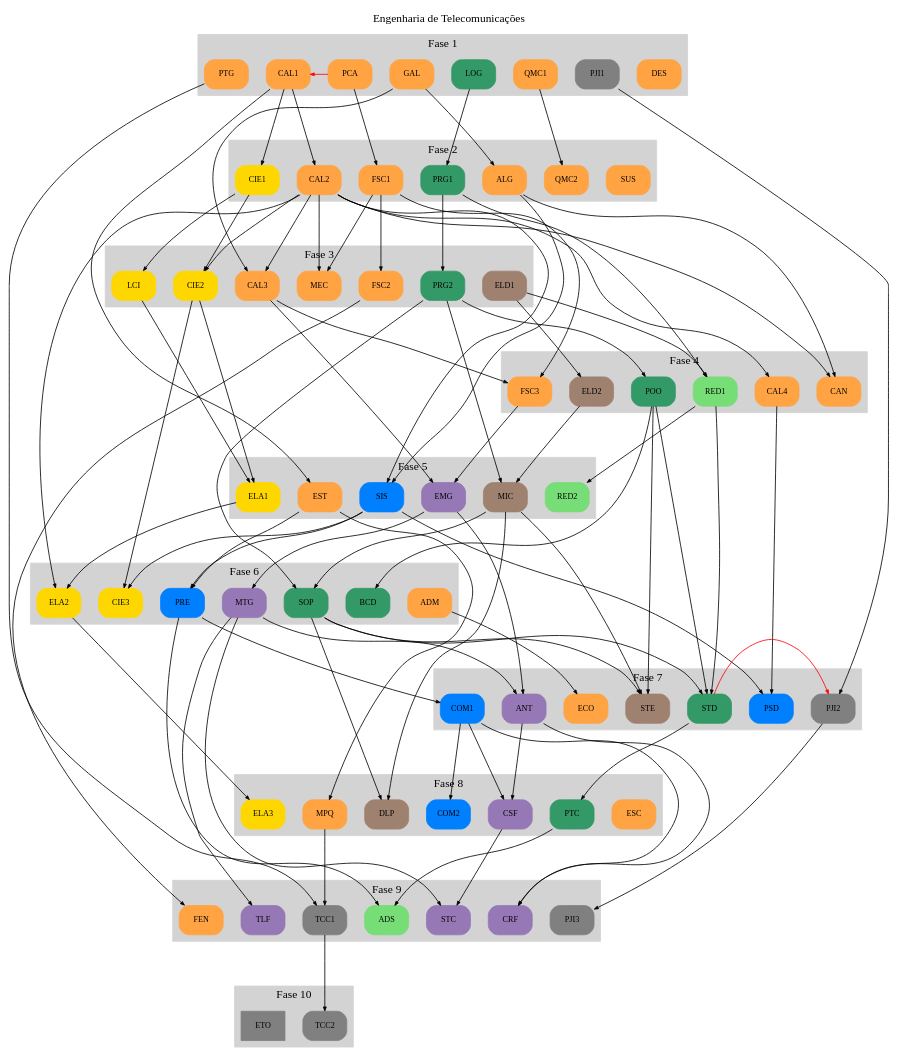
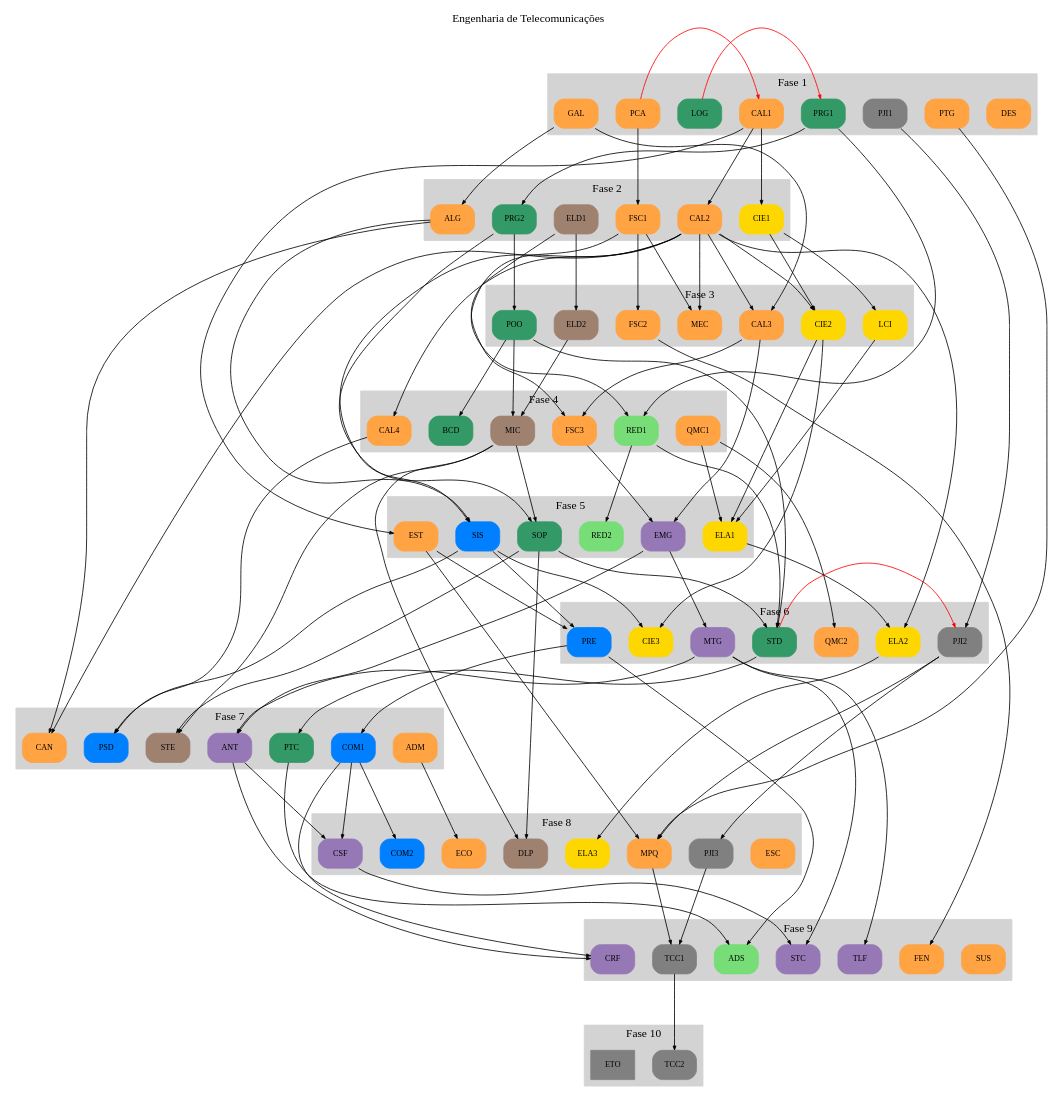
Before and after one commit to emersonmello/grade-dot-engtelecom: the diagram in engtelecom.dot, drawn with Graphviz. The commit also changed 2 other files, not shown here.

Commit message:
LOG como co-requisito de PRG1

```diff
--- a/engtelecom.dot
+++ b/engtelecom.dot
@@ -20,7 +20,7 @@
     {} -> SUS
 
     {GAL} -> ALG
-    // {PCA} -> CAL1
+    {PCA} -> CAL1 [constraint=false,color="#FF0000"]
     {CAL1} -> CAL2
     {GAL CAL2} -> CAL3
     {CAL2} -> CAL4
@@ -32,14 +32,14 @@
     {FSC1} -> FSC2
     {FSC1 CAL3} -> FSC3
     {CAL2 FSC1} -> MEC
-    {EST} -> MPQ
+    {EST PJI2 PTG} -> MPQ # TODO verificar se PJI2 e PTG devem ser pré-requisito
     {QMC1} -> QMC2 # TODO a confirmar
 
     // Eixo amarelo
     {CAL1} -> CIE1
     {CIE1 CAL2} -> CIE2
     {CIE2 SIS} -> CIE3 # TODO verificar
-    {CIE2 LCI} -> ELA1
+    {CIE2 LCI QMC1} -> ELA1 # TODO verificar
     {CAL2 ELA1} -> ELA2
     {ELA2} -> ELA3
     {CIE1} -> LCI
@@ -54,17 +54,17 @@
     // Eixo cinza
     {} -> PJI1
     {PJI1} -> PJI2 # TODO colocar STD como pré-requisito
+    {STD} -> PJI2 [color="#FF0000" constraint=false]
     {PJI2} -> PJI3
-    {STD} -> PJI2 [color="#FF0000" constraint=false]
-    {MPQ PTG} -> TCC1 # TODO colocar CH como pré-requisito
+    {MPQ PJI3} -> TCC1 # TODO colocar CH como pré-requisito - tirei PTG
     {TCC1} -> TCC2
 
     // Eixo marrom
     {SOP MIC} -> DLP
     {} -> ELD1
     {ELD1} -> ELD2 # ELA1 como recomendada
-    {ELD2 PRG2} -> MIC # POO como co-requisito aí não precisa de PRG2 como pré
-    {POO MIC SOP} -> STE
+    {ELD2 POO} -> MIC
+    {MIC SOP} -> STE # TODO POO foi para pré-requisito de MIC
 
     // Eixo roxo
     {MTG, EMG} -> ANT
@@ -82,7 +82,7 @@
 
     // Eixo verde escuro
     {} -> LOG
-    {LOG} -> PRG1
+    {LOG} -> PRG1 [color="#FF0000" constraint=false]
     {PRG1} -> PRG2
     {PRG2} -> POO
     {PRG2 MIC} -> SOP
@@ -95,95 +95,97 @@
     // Fases
 
     subgraph cluster_fase1 {
-        label = "Fase 1"
-        style = filled
-        color = lightgrey
+      label = "Fase 1"
+      style = filled
+      color = lightgrey
 
-        {PCA} -> CAL1 [constraint=false,color="#FF0000"]
-        LOG GAL DES QMC1 PTG PJI1
+      LOG GAL DES PJI1 PTG PRG1 CAL1 PCA
     }
 
     subgraph cluster_fase2 {
-        label = "Fase 2"
-        style = filled
-        color = lightgrey
+      label = "Fase 2"
+      style = filled
+      color = lightgrey
 
-        PRG1 CAL2 FSC1 ALG QMC2 SUS CIE1
+      CAL2 FSC1 ALG ELD1 CIE1 PRG2
     }
 
-    subgraph cluster_fase3 {
-        label = "Fase 3"
-        style = filled
-        color = lightgrey
+    subgraph clusterFase3 {
+      label = "Fase 3"
+      style = filled
+      color = lightgrey
 
-        PRG2 CAL3 FSC2 ELD1 CIE2 MEC LCI
+      CAL3 FSC2 CIE2 MEC LCI POO ELD2
     }
 
-    subgraph cluster_fase4 {
-        label = "Fase 4"
-        style=filled
-        color=lightgrey
-        node [style=filled,color=white]
+    subgraph clusterFase4 {
+      label = "Fase 4"
+      style=filled
+      color=lightgrey
+      node [style=filled,color=white]
 
-        POO RED1 MEC ELD2 FSC3 CAN CAL4  
+      RED1 MEC FSC3 BCD CAL4  MIC QMC1 
     }
 
     subgraph cluster_fase5 {
-        label = "Fase 5"
-        style=filled
-        color=lightgrey
-        node [style=filled,color=white]
+      label = "Fase 5"
+      style=filled
+      color=lightgrey
+      node [style=filled,color=white]
 
-        SIS EST  RED2 EMG  ELA1  MIC
+      SIS EST RED2 EMG  ELA1  SOP
     }
 
+
     subgraph cluster_fase6 {
-        label = "Fase 6"
-        style=filled
-        color=lightgrey
-        node [style=filled,color=white]
+      label = "Fase 6"
+      style=filled
+      color=lightgrey
+      node [style=filled,color=white]
 
-        SOP BCD ELA2 MTG PRE CIE3 ADM
+      ELA2 MTG PRE CIE3  PJI2 STD QMC2
     }
 
     subgraph cluster_fase7 {
-        label = "Fase 7"
-        style=filled
-        color=lightgrey
-        node [style=filled,color=white]
-    
-        
-        STD PJI2 PSD ANT STE COM1 ECO
-       
+      label = "Fase 7"
+      style=filled
+      color=lightgrey
+      node [style=filled,color=white]
+
+      PSD ANT STE COM1 CAN PTC ADM
     }
 
     subgraph cluster_fase8 {
-        label = "Fase 8"
-        style=filled
-        color=lightgrey
-        node [style=filled,color=white]
+      label = "Fase 8"
+      style=filled
+      color=lightgrey
+      node [style=filled,color=white]
 
-        MPQ CSF COM2 PTC ELA3 DLP ESC BCD 
+      MPQ CSF COM2 ELA3 DLP ESC BCD PJI3 ECO
     }
 
     subgraph cluster_fase9 {
-        label = "Fase 9"
-        style=filled
-        color=lightgrey
-        node [style=filled,color=white]
+      label = "Fase 9"
+      style=filled
+      color=lightgrey
+      node [style=filled,color=white]
 
-        ADS PJI3 TCC1 STC CRF TLF FEN
+      ADS  TCC1 STC CRF TLF FEN SUS 
     }
 
     subgraph cluster_fase10 {
-        label = "Fase 10"
-        style=filled
-        color=lightgrey
-        node [style=filled,color=white]
+      label = "Fase 10"
+      style=filled
+      color=lightgrey
+      node [style=filled,color=white]
 
-        TCC2 ETO
+      TCC2 ETO
     }
 
+
+      // expressão regular
+      // (\w{3,4}) (\[ch=\d{2,3}) - find
+      // $1 $2, color="#FFA343, id=$1 - replace
 
     // propriedades dos nós
 
```
